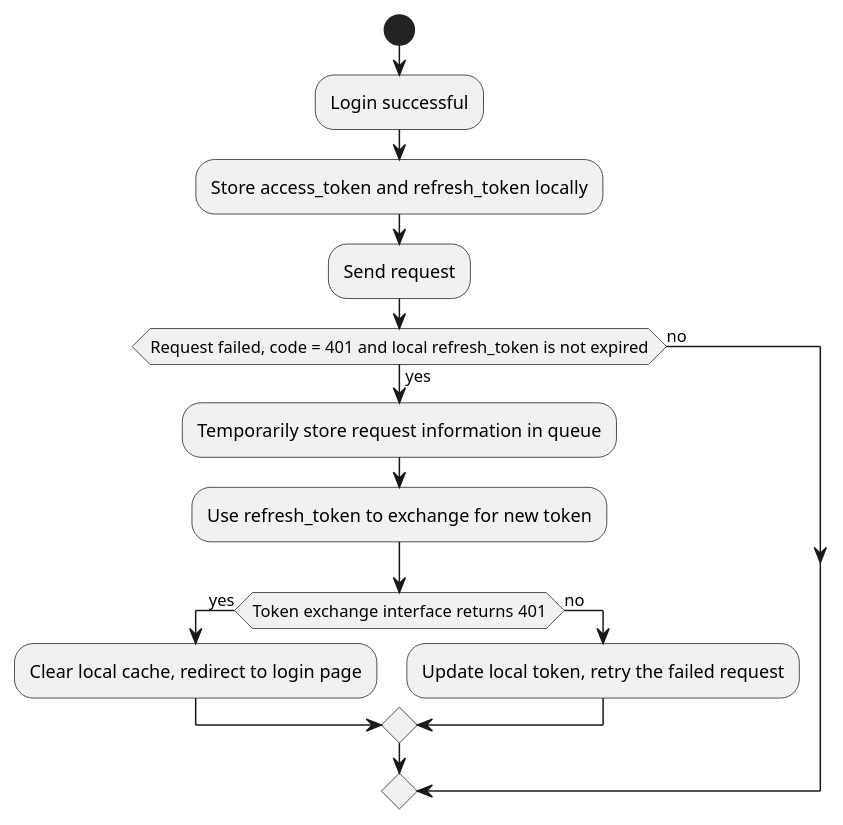
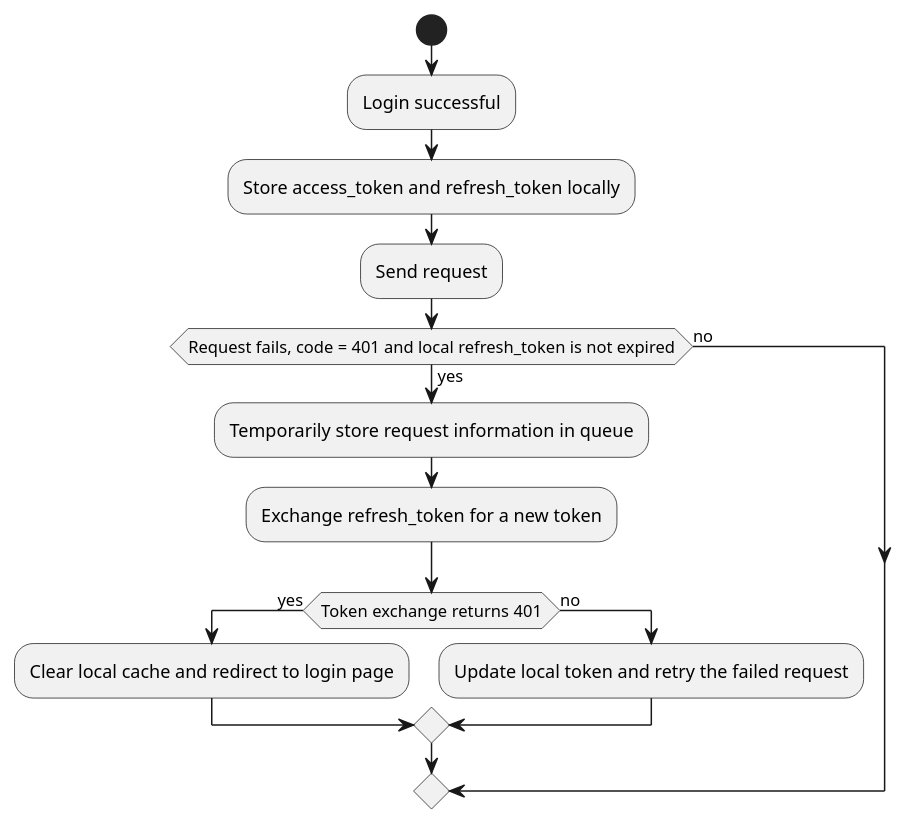
One commit to mineadmin/doc-v3 changed the second of 2 diagrams in docs/en/backend/base/lifecycle.md. Above: the diagram before and after it, drawn with PlantUML. The commit also changed other lines of this file and 195 other files, not shown here.

````diff
--- a/docs/en/backend/base/lifecycle.md
+++ b/docs/en/backend/base/lifecycle.md
@@ -57,22 +55,22 @@
 ```plantuml
 start
 :Login successful;
 ->
 :Store access_token and refresh_token locally;
 ->
 :Send request;
-if (Request failed, code = 401 and local refresh_token is not expired) then (yes)
+if (Request fails, code = 401 and local refresh_token is not expired) then (yes)
 ->
 :Temporarily store request information in queue;
 ->
-:Use refresh_token to exchange for new token;
-if (Token exchange interface returns 401) then (yes)
+:Exchange refresh_token for a new token;
+if (Token exchange returns 401) then (yes)
 ->
-:Clear local cache, redirect to login page;
+:Clear local cache and redirect to login page;
 else (no)
 ->
-:Update local token, retry the failed request;
+:Update local token and retry the failed request;
 endif
 else (no)
 endif
 ```
````
